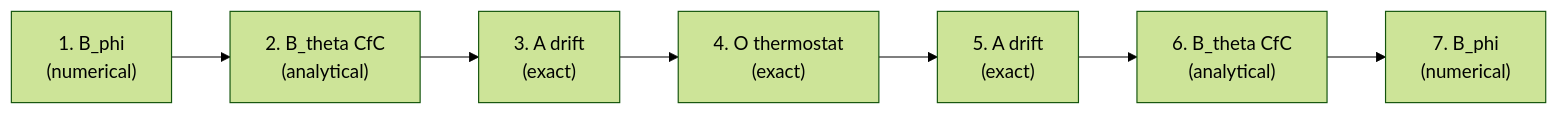
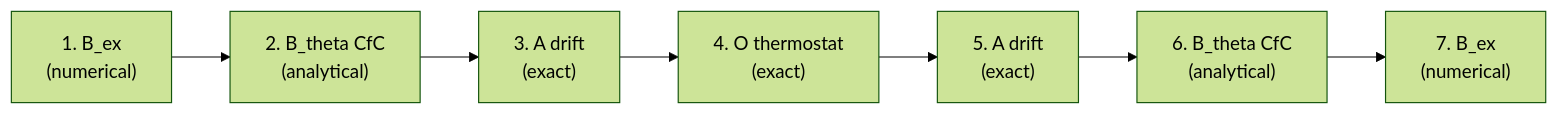
One commit to dimitarpg13/semsimula-paper changed the second of 2 diagrams in companion_notes/Blended_CfC_BAOAB_Deep_Dive.md. Above: the diagram before and after it, drawn with Mermaid (forest theme). The commit also changed other lines of this file, not shown here.

````diff
--- a/companion_notes/Blended_CfC_BAOAB_Deep_Dive.md
+++ b/companion_notes/Blended_CfC_BAOAB_Deep_Dive.md
@@ -243,12 +245,12 @@
 ```mermaid
 flowchart LR
-    S1["1. B_phi<br>(numerical)"]
+    S1["1. B_ex<br>(numerical)"]
     S2["2. B_theta CfC<br>(analytical)"]
     S3["3. A drift<br>(exact)"]
     S4["4. O thermostat<br>(exact)"]
     S5["5. A drift<br>(exact)"]
     S6["6. B_theta CfC<br>(analytical)"]
-    S7["7. B_phi<br>(numerical)"]
+    S7["7. B_ex<br>(numerical)"]
 
     S1 --> S2 --> S3 --> S4 --> S5 --> S6 --> S7
 ```
````
